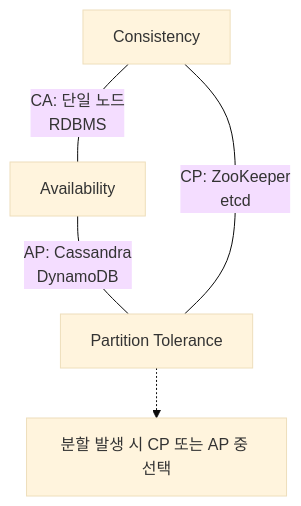
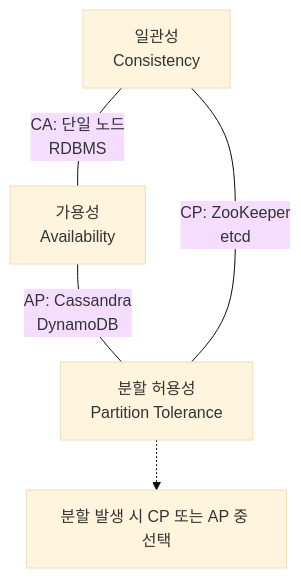
One commit to mandoobox/mandoobox.github.io changed the fifth of 54 diagrams in _posts/cs-note/2026-02-27-database.md. Above: the diagram before and after it, drawn with Mermaid (base theme). The commit also changed other lines of this file and 18 other files, not shown here.

````diff
--- a/_posts/cs-note/2026-02-27-database.md
+++ b/_posts/cs-note/2026-02-27-database.md
@@ -126,11 +124,11 @@
 ```mermaid
 graph TD
-  C[Consistency]
-  A[Availability]
-  P[Partition Tolerance]
+  C[일관성<br/>Consistency]
+  A[가용성<br/>Availability]
+  P[분할 허용성<br/>Partition Tolerance]
   C ---|"CA: 단일 노드<br/>RDBMS"| A
   A ---|"AP: Cassandra<br/>DynamoDB"| P
   P ---|"CP: ZooKeeper<br/>etcd"| C
   Note["분할 발생 시 CP 또는 AP 중 선택"]
   P -.-> Note
 ```
````
